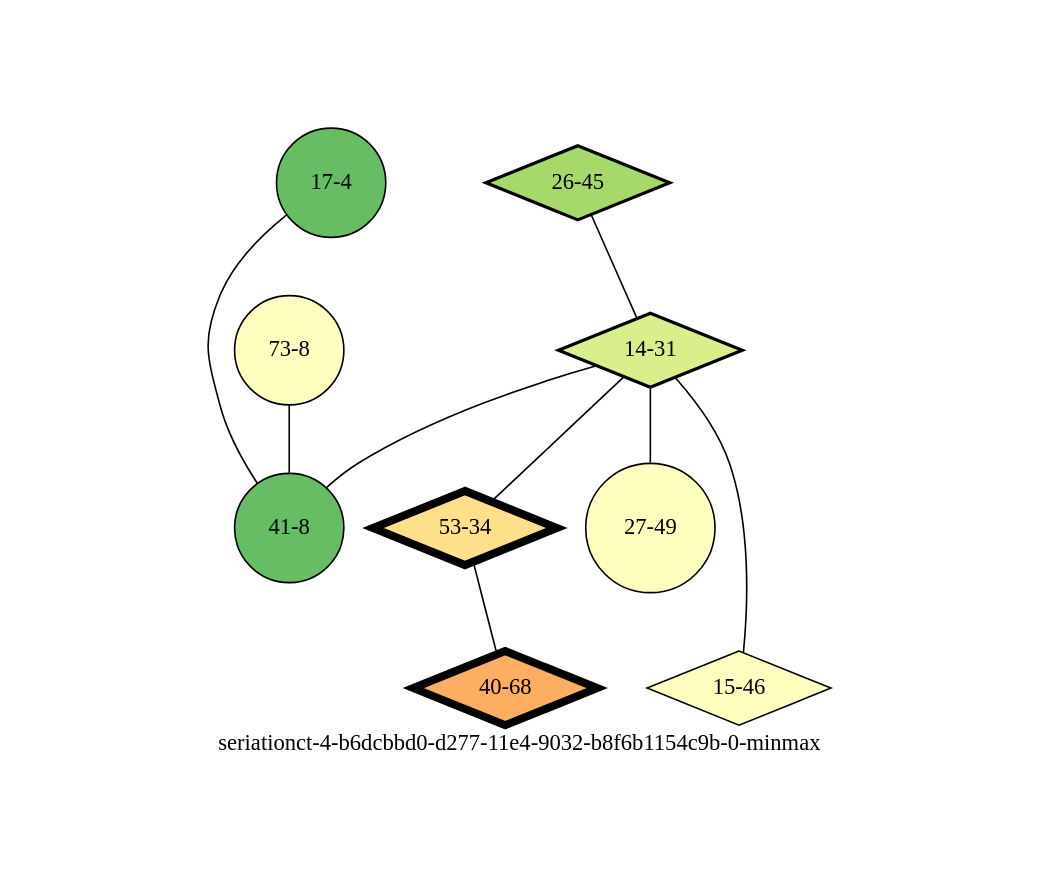
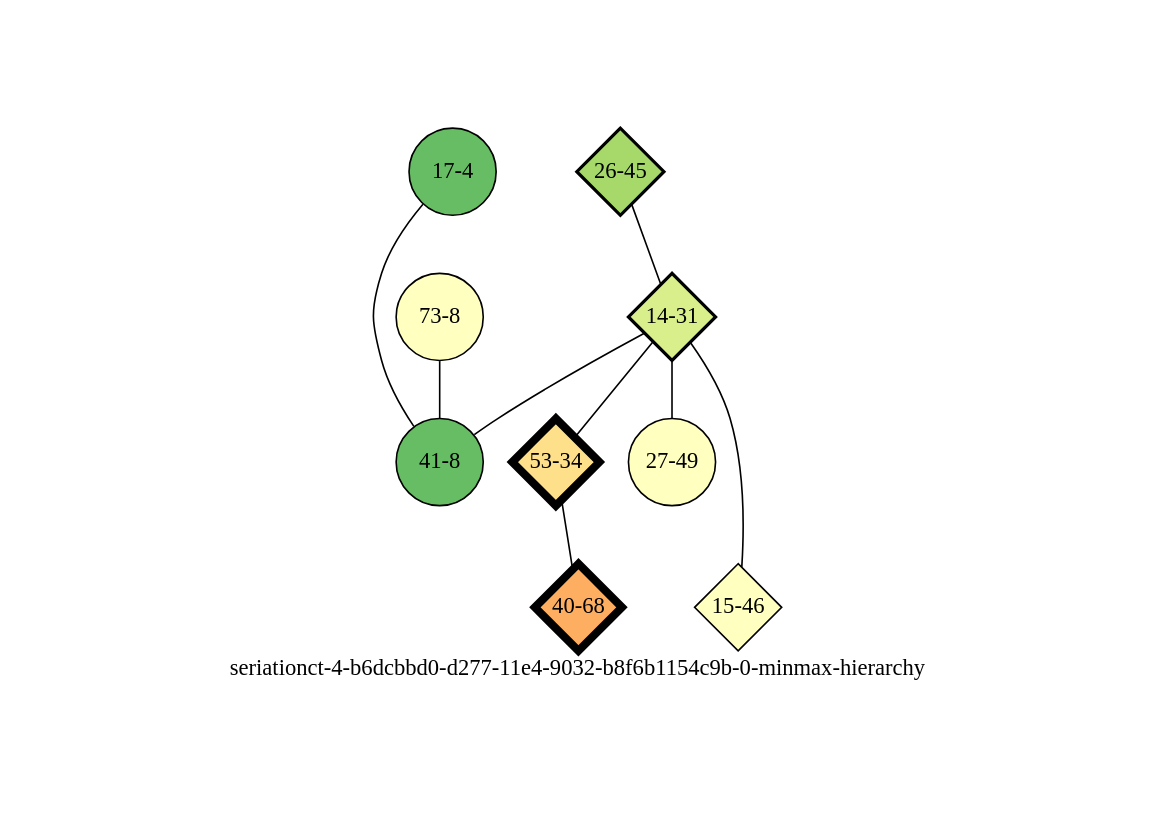
One commit to mmadsen/experiment-seriationct changed the diagram in experiments/seriationct-4/seriation-results/b6dcbbd0-d277-11e4-9032-b8f6b1154c9b-0-sampled-0.3/b6dcbbd0-d277-11e4-9032-b8f6b1154c9b-0-sampled-0.3-minmax-by-weight.png-annotated-hierarchy.dot. Above: the diagram before and after it, drawn with Graphviz. The commit also changed 54 other files, not shown here.

```diff
--- a/experiments/seriationct-4/seriation-results/b6dcbbd0-d277-11e4-9032-b8f6b1154c9b-0-sampled-0.3/b6dcbbd0-d277-11e4-9032-b8f6b1154c9b-0-sampled-0.3-minmax-by-weight.png-annotated-hierarchy.dot
+++ b/experiments/seriationct-4/seriation-results/b6dcbbd0-d277-11e4-9032-b8f6b1154c9b-0-sampled-0.3/b6dcbbd0-d277-11e4-9032-b8f6b1154c9b-0-sampled-0.3-minmax-by-weight.png-annotated-hierarchy.dot
@@ -1,24 +1,24 @@
-strict graph "seriationct-4-b6dcbbd0-d277-11e4-9032-b8f6b1154c9b-0-minmax" {
+strict graph "seriationct-4-b6dcbbd0-d277-11e4-9032-b8f6b1154c9b-0-minmax-hierarchy" {
 labelloc=b;
 ratio=auto;
 pad="1.0";
-label="seriationct-4-b6dcbbd0-d277-11e4-9032-b8f6b1154c9b-0-minmax";
-node [width="0.3", shape=circle, height="0.3", style=filled, label=""];
+label="seriationct-4-b6dcbbd0-d277-11e4-9032-b8f6b1154c9b-0-minmax-hierarchy";
+node [width="0.75", style=filled, fixedsize=true, height="0.75", shape=circle, label=""];
 0 [xCoordinate="4.0", appears_in_slice=1, yCoordinate="17.0", level=grandchild, colorscheme=rdylgn11, child_of="assemblage-59-24", short_label="17-4", label="17-4", shape=circle, fillcolor=9, size="30.2319501319", parent_node="assemblage-59-24", id=0, penwidth="1.0"];
 1 [xCoordinate="45.0", appears_in_slice=2, yCoordinate="26.0", level=child, colorscheme=rdylgn11, child_of=root, short_label="26-45", label="26-45", shape=diamond, fillcolor=8, size="1091.26500361", parent_node="assemblage-9-16", id=1, penwidth="2.0"];
 2 [xCoordinate="31.0", appears_in_slice=2, yCoordinate="14.0", level=child, colorscheme=rdylgn11, child_of=root, short_label="14-31", label="14-31", shape=diamond, fillcolor=7, size="1091.26500361", parent_node="assemblage-9-16", id=3, penwidth="2.0"];
 3 [xCoordinate="8.0", appears_in_slice=1, yCoordinate="73.0", level=grandchild, colorscheme=rdylgn11, child_of="assemblage-15-46", short_label="73-8", label="73-8", shape=circle, fillcolor=6, size="30.2319501319", parent_node="assemblage-15-46", id=2, penwidth="1.0"];
 4 [xCoordinate="34.0", appears_in_slice=5, yCoordinate="53.0", level=child, colorscheme=rdylgn11, child_of=root, short_label="53-34", label="53-34", shape=diamond, fillcolor=5, size="1083.15512106", parent_node="assemblage-9-16", id=4, penwidth="5.0"];
 5 [xCoordinate="8.0", appears_in_slice=1, yCoordinate="41.0", level=grandchild, colorscheme=rdylgn11, child_of="assemblage-59-24", short_label="41-8", label="41-8", shape=circle, fillcolor=9, size="30.2319501319", parent_node="assemblage-59-24", id=5, penwidth="1.0"];
 6 [xCoordinate="68.0", appears_in_slice=5, yCoordinate="40.0", level=child, colorscheme=rdylgn11, child_of=root, short_label="40-68", label="40-68", shape=diamond, fillcolor=4, size="1083.15512106", parent_node="assemblage-9-16", id=6, penwidth="5.0"];
 7 [xCoordinate="49.0", appears_in_slice=1, yCoordinate="27.0", level=grandchild, colorscheme=rdylgn11, child_of="assemblage-15-46", short_label="27-49", label="27-49", shape=circle, fillcolor=6, size="30.2319501319", parent_node="assemblage-15-46", id=7, penwidth="1.0"];
 8 [xCoordinate="46.0", appears_in_slice=1, yCoordinate="15.0", level=child, colorscheme=rdylgn11, child_of=root, short_label="15-46", label="15-46", shape=diamond, fillcolor=6, size="30.2319501319", parent_node="assemblage-9-16", id=8, penwidth="1.0"];
 0 -- 5  [inverseweight="224.258800531", weight="0.00445913381162"];
 1 -- 2  [inverseweight="191.347683024", weight="0.00522608888803"];
 2 -- 8  [inverseweight="1.35319609367", weight="0.738991196234"];
 2 -- 4  [inverseweight="6.90842343636", weight="0.144750826178"];
 2 -- 5  [inverseweight="5.99746123133", weight="0.166737217871"];
 2 -- 7  [inverseweight="0.902636241793", weight="1.10786599706"];
 3 -- 5  [inverseweight="0.92235334672", weight="1.08418319677"];
 4 -- 6  [inverseweight="612.671919728", weight="0.00163219492815"];
 }
```
